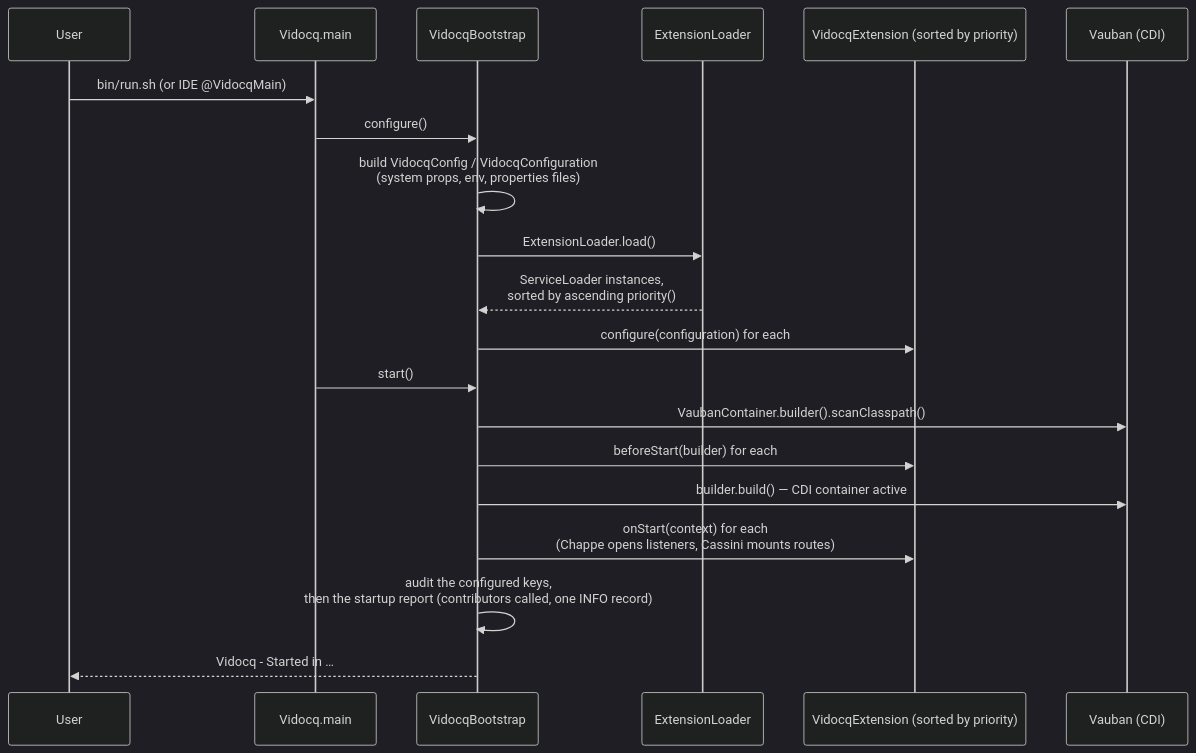
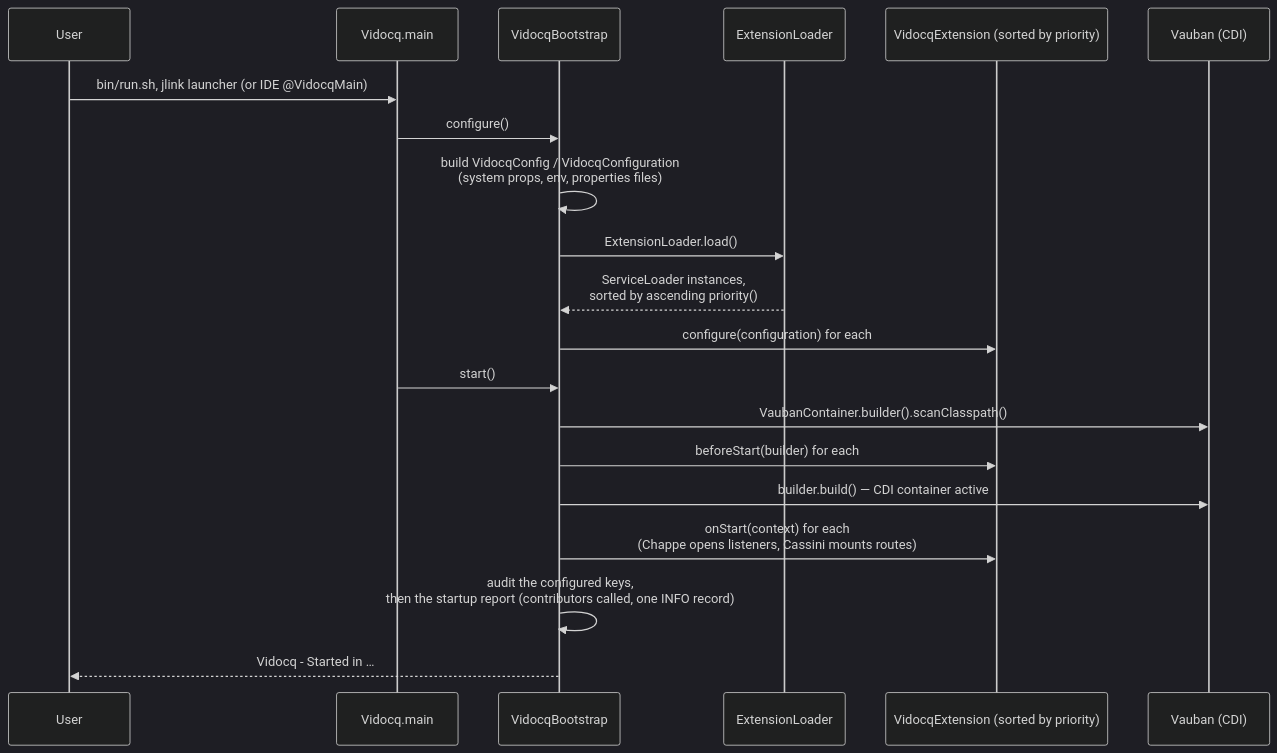
One commit to vidocq-stack/vidocq changed the third of 3 diagrams in docs/en/modules/ROOT/pages/internals.adoc. Above: the diagram before and after it, drawn with Mermaid (dark theme). The commit also changed other lines of this file and 11 other files, not shown here.

```diff
--- a/docs/en/modules/ROOT/pages/internals.adoc
+++ b/docs/en/modules/ROOT/pages/internals.adoc
@@ -75,24 +78,24 @@
 [mermaid]
 ....
 sequenceDiagram
     participant U as User
     participant V as Vidocq.main
     participant B as VidocqBootstrap
     participant L as ExtensionLoader
     participant EXT as VidocqExtension (sorted by priority)
     participant VAU as Vauban (CDI)
 
-    U->>V: bin/run.sh (or IDE @VidocqMain)
+    U->>V: bin/run.sh, jlink launcher (or IDE @VidocqMain)
     V->>B: configure()
     B->>B: build VidocqConfig / VidocqConfiguration<br/>(system props, env, properties files)
     B->>L: ExtensionLoader.load()
     L-->>B: ServiceLoader instances,<br/>sorted by ascending priority()
     B->>EXT: configure(configuration) for each
     V->>B: start()
     B->>VAU: VaubanContainer.builder().scanClasspath()
     B->>EXT: beforeStart(builder) for each
     B->>VAU: builder.build() — CDI container active
     B->>EXT: onStart(context) for each<br/>(Chappe opens listeners, Cassini mounts routes)
     B->>B: audit the configured keys,<br/>then the startup report (contributors called, one INFO record)
     B-->>U: Vidocq - Started in …
 ....
```
